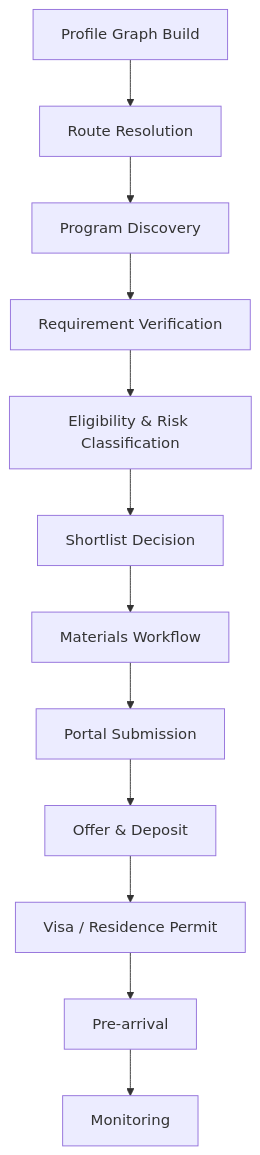
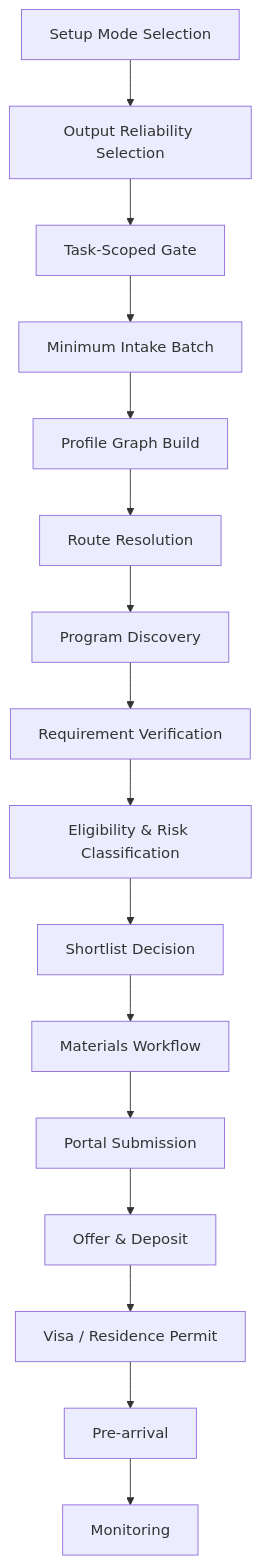
One commit to OctavianYimingZhang/University-Application-Skill changed the first of 2 diagrams in README.md. Above: the diagram before and after it, drawn with Mermaid. The commit also changed other lines of this file and 24 other files, not shown here.

Commit message:
Add guided setup workflow

````diff
--- a/README.md
+++ b/README.md
@@ -13,14 +15,18 @@
 ```mermaid
 flowchart TD
-    A["Profile Graph Build"] --> B["Route Resolution"]
-    B --> C["Program Discovery"]
-    C --> D["Requirement Verification"]
-    D --> E["Eligibility & Risk Classification"]
-    E --> F["Shortlist Decision"]
-    F --> G["Materials Workflow"]
-    G --> H["Portal Submission"]
-    H --> I["Offer & Deposit"]
-    I --> J["Visa / Residence Permit"]
-    J --> K["Pre-arrival"]
-    K --> L["Monitoring"]
+    A["Setup Mode Selection"] --> B["Output Reliability Selection"]
+    B --> C["Task-Scoped Gate"]
+    C --> D["Minimum Intake Batch"]
+    D --> E["Profile Graph Build"]
+    E --> F["Route Resolution"]
+    F --> G["Program Discovery"]
+    G --> H["Requirement Verification"]
+    H --> I["Eligibility & Risk Classification"]
+    I --> J["Shortlist Decision"]
+    J --> K["Materials Workflow"]
+    K --> L["Portal Submission"]
+    L --> M["Offer & Deposit"]
+    M --> N["Visa / Residence Permit"]
+    N --> O["Pre-arrival"]
+    O --> P["Monitoring"]
 ```
````
